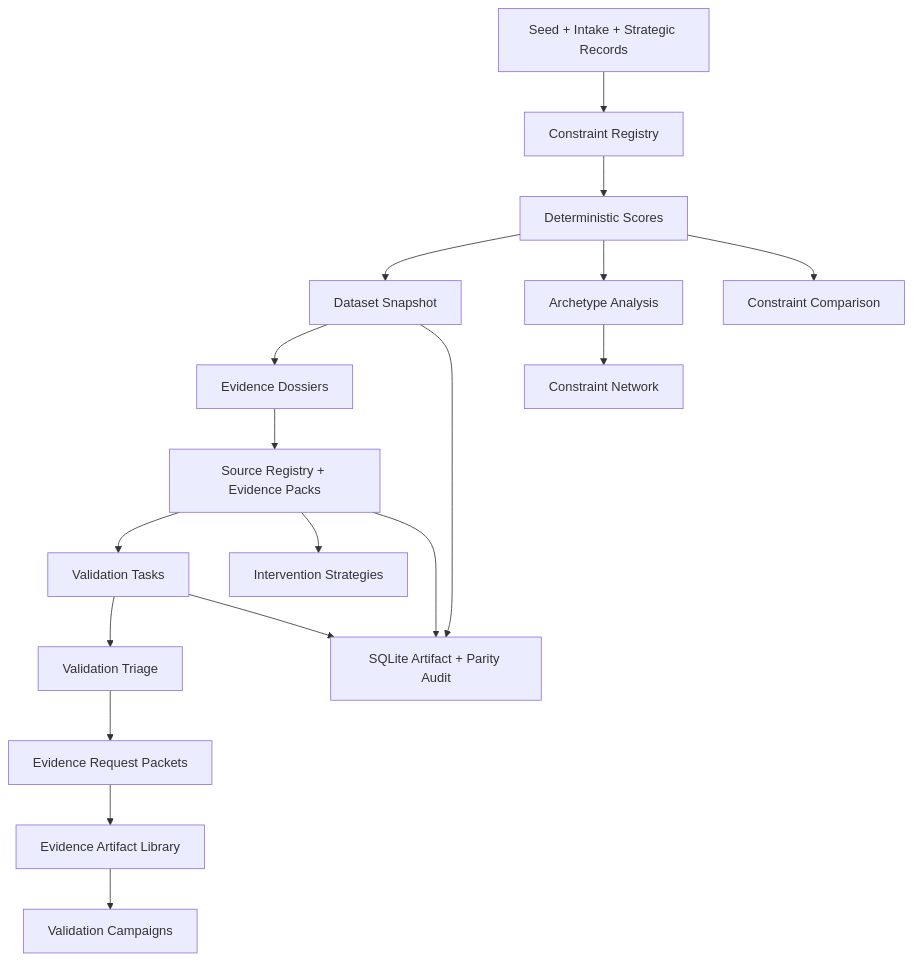
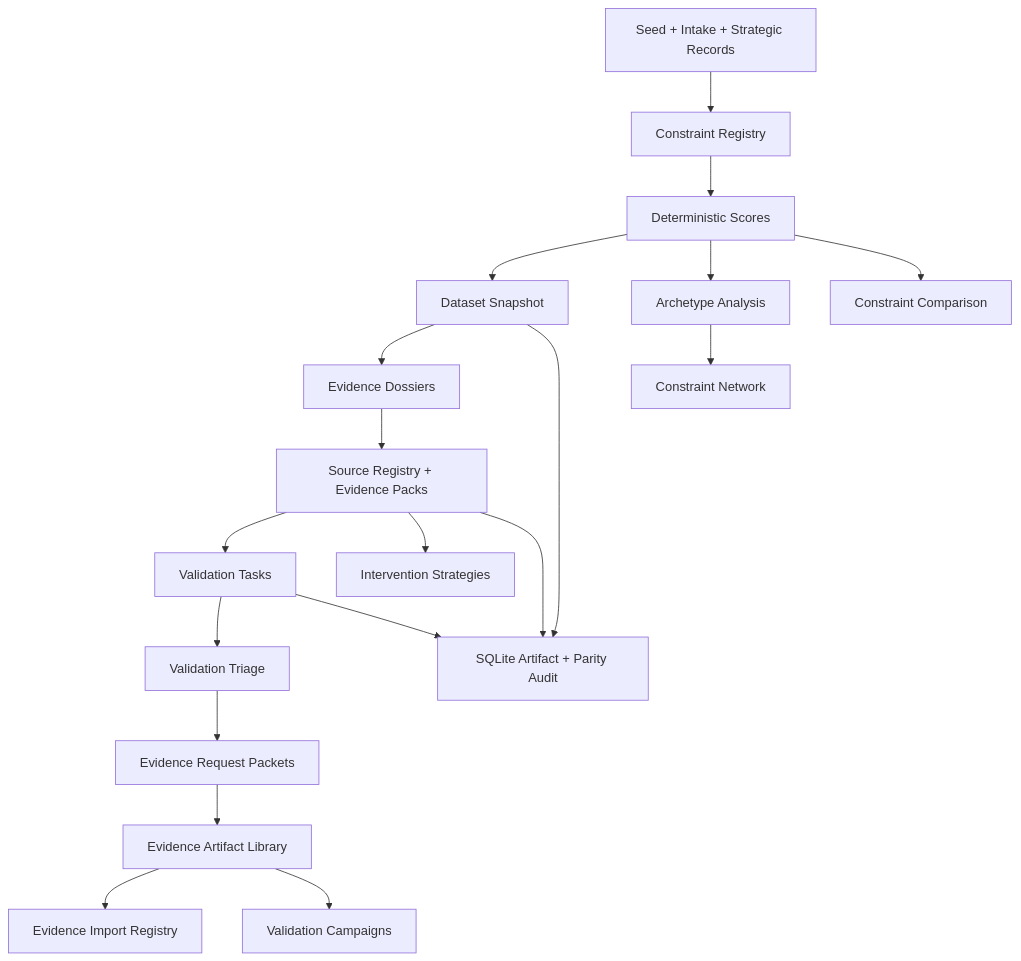
One commit to EtherTabu/economic-x-ray-vision changed the first of 2 diagrams in README.md. Above: the diagram before and after it, drawn with Mermaid. The commit also changed other lines of this file and 11 other files, not shown here.

Commit message:
Add evidence import contract

````diff
--- a/README.md
+++ b/README.md
@@ -126,20 +129,21 @@
 ```mermaid
 flowchart TD
   A["Seed + Intake + Strategic Records"] --> B["Constraint Registry"]
   B --> C["Deterministic Scores"]
   C --> D["Dataset Snapshot"]
   D --> E["Evidence Dossiers"]
   E --> F["Source Registry + Evidence Packs"]
   F --> G["Validation Tasks"]
   G --> H["Validation Triage"]
   H --> I["Evidence Request Packets"]
   I --> P["Evidence Artifact Library"]
+  P --> Q["Evidence Import Registry"]
   P --> J["Validation Campaigns"]
   F --> K["Intervention Strategies"]
   C --> L["Archetype Analysis"]
   L --> M["Constraint Network"]
   C --> N["Constraint Comparison"]
   D --> O["SQLite Artifact + Parity Audit"]
   F --> O
   G --> O
 ```
````
